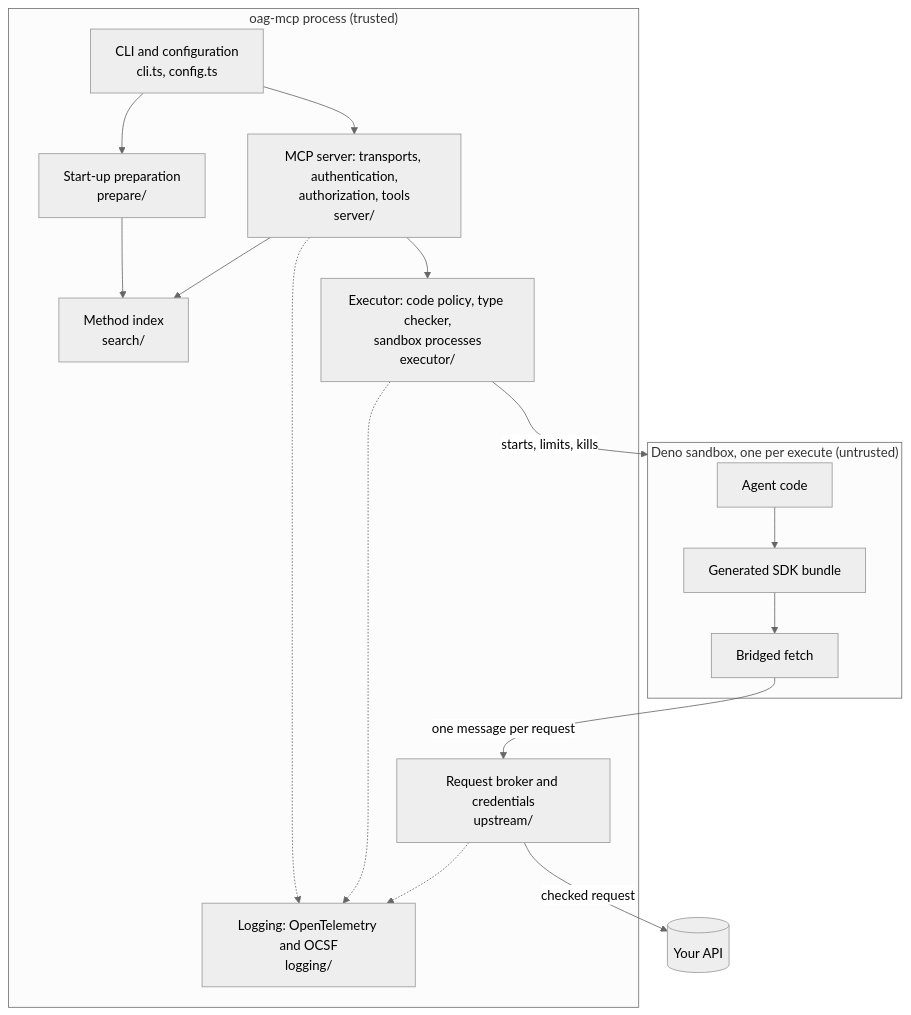
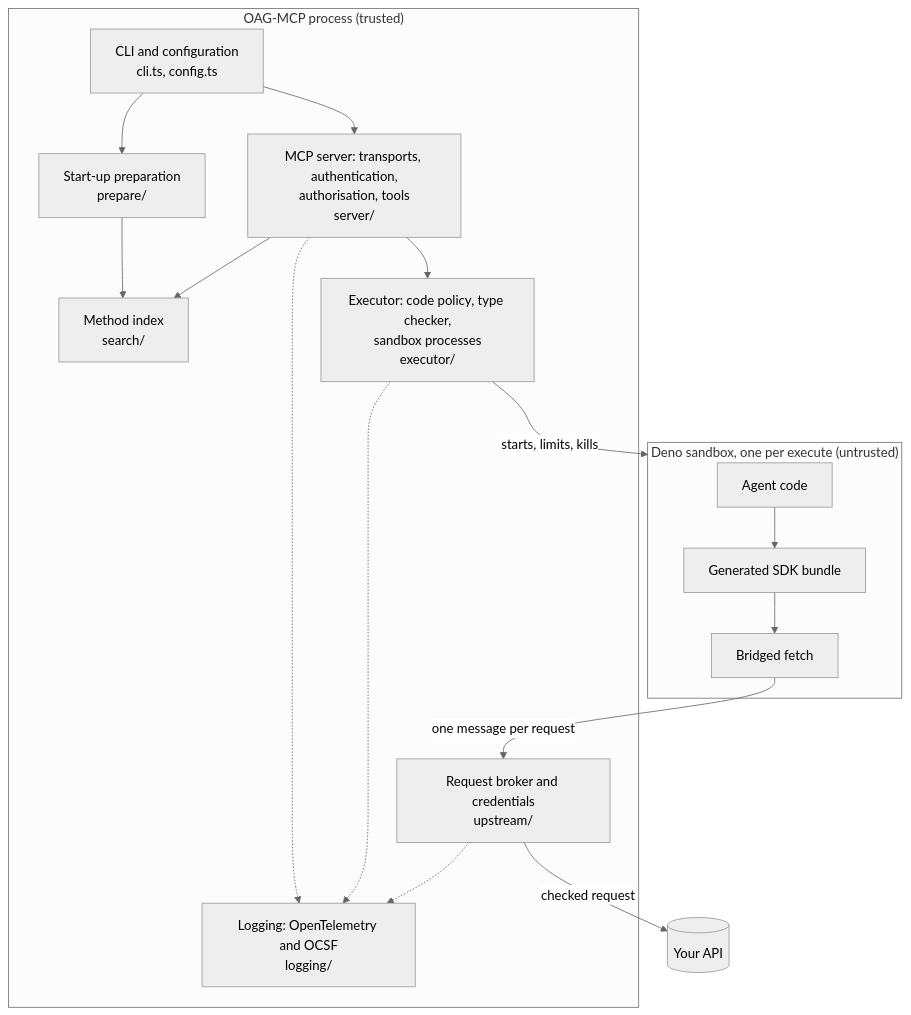
The third of 4 diagrams in docs/architecture.md (oapicf/oag-mcp), drawn with Mermaid (neutral theme) before and after one commit. The commit also changed other lines of this file and 24 other files, not shown here.

````diff
--- a/docs/architecture.md
+++ b/docs/architecture.md
@@ -110,28 +110,28 @@
 ```mermaid
 flowchart TB
-  subgraph host["oag-mcp process (trusted)"]
+  subgraph host["OAG-MCP process (trusted)"]
     cli["CLI and configuration<br/>cli.ts, config.ts"]
     prepare["Start-up preparation<br/>prepare/"]
     index["Method index<br/>search/"]
-    server["MCP server: transports, authentication,<br/>authorization, tools<br/>server/"]
+    server["MCP server: transports, authentication,<br/>authorisation, tools<br/>server/"]
     executor["Executor: code policy, type checker,<br/>sandbox processes<br/>executor/"]
     broker["Request broker and credentials<br/>upstream/"]
     logging["Logging: OpenTelemetry and OCSF<br/>logging/"]
   end
   subgraph sandbox["Deno sandbox, one per execute (untrusted)"]
     code["Agent code"]
     sdk["Generated SDK bundle"]
     bridge["Bridged fetch"]
   end
   cli --> prepare --> index
   cli --> server
   server --> index
   server --> executor
   executor -- "starts, limits, kills" --> sandbox
   code --> sdk --> bridge
   bridge -- "one message per request" --> broker
   broker -- "checked request" --> api[("Your API")]
   server -.-> logging
   executor -.-> logging
   broker -.-> logging
 ```
````
